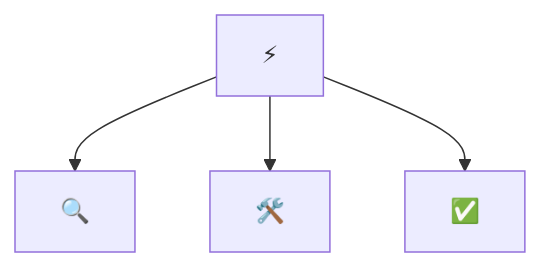
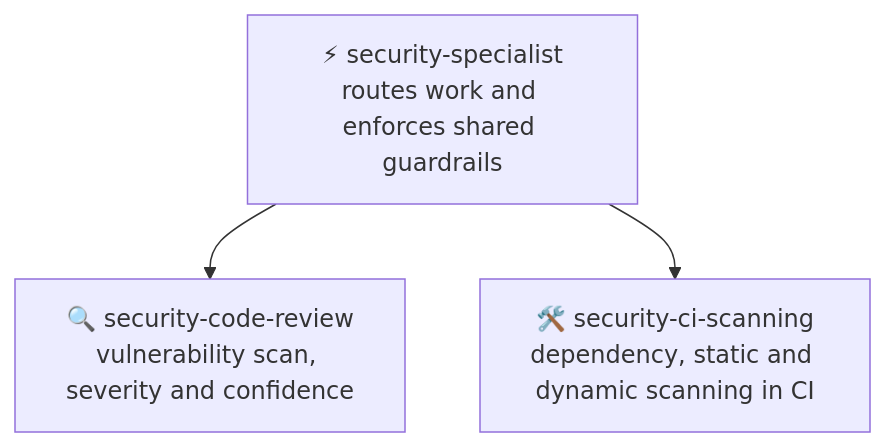
Before and after one commit to KinwiseNZ-DevOps/security-specialist: the diagram in README.md, drawn with Mermaid. The commit also changed other lines of this file and 32 other files, not shown here.

First line of the commit message:
Build the real security specialist skills and fix repo hygiene

````diff
--- a/README.md
+++ b/README.md
@@ -53,7 +67,6 @@
 ```mermaid
 flowchart TD
-    R["⚡ <router-skill><br/><what it routes and enforces>"]
-    R --> A["🔍 <skill-a><br/><one-line scope>"]
-    R --> B["🛠️ <skill-b><br/><one-line scope>"]
-    R --> C["✅ <skill-c><br/><one-line scope>"]
+    R["⚡ security-specialist<br/>routes work and enforces shared guardrails"]
+    R --> A["🔍 security-code-review<br/>vulnerability scan, severity and confidence"]
+    R --> B["🛠️ security-ci-scanning<br/>dependency, static and dynamic scanning in CI"]
 ```
````
